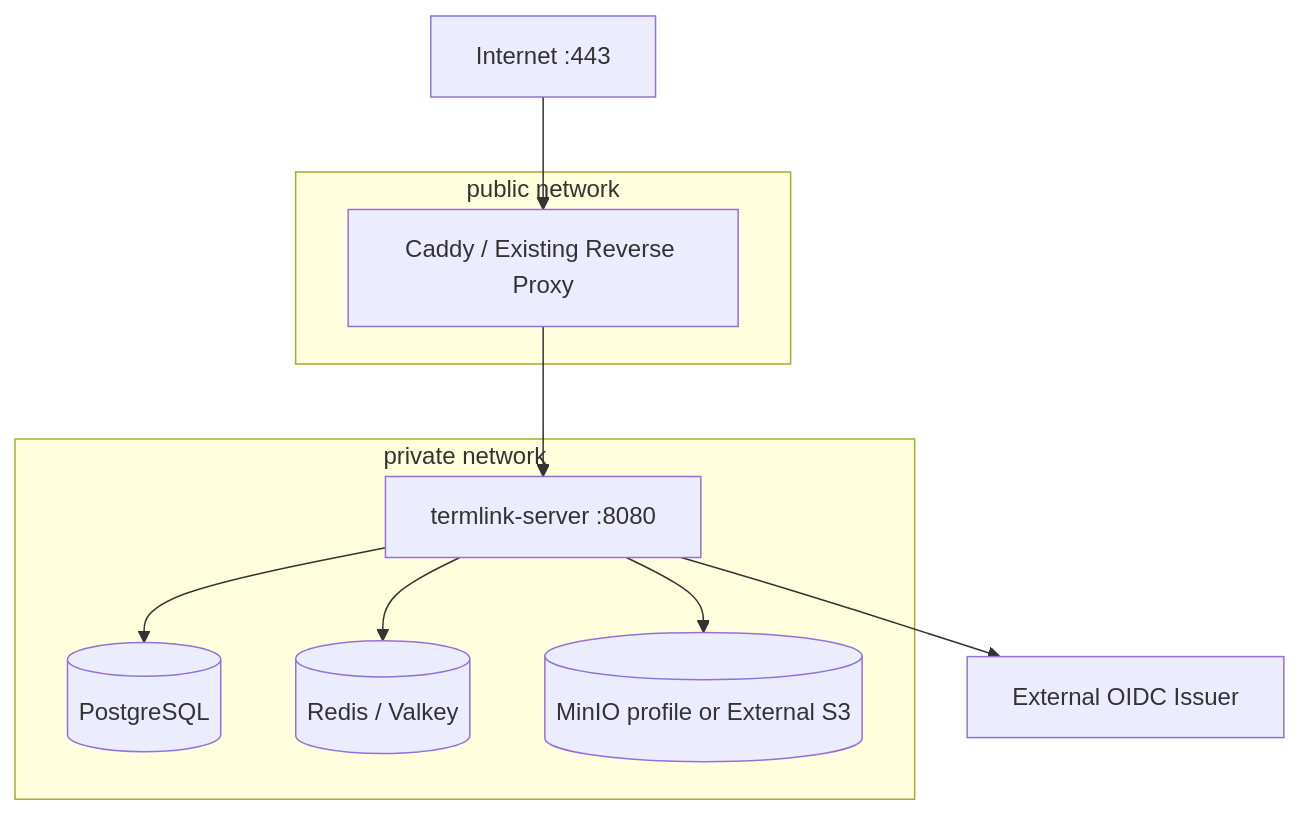
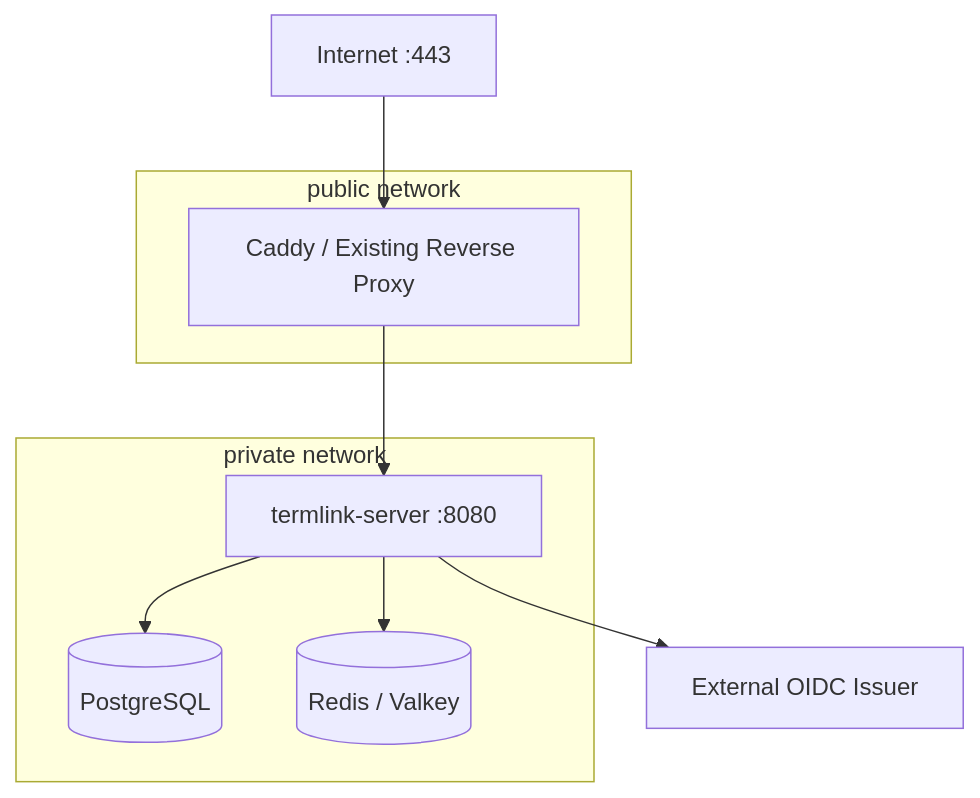
The tenth of 16 diagrams in docs/COMPLETE_SYSTEM_DESIGN.md (myucxy/TermLink), drawn with Mermaid before and after one commit. The commit also changed other lines of this file and 161 other files, not shown here.

````diff
--- a/docs/COMPLETE_SYSTEM_DESIGN.md
+++ b/docs/COMPLETE_SYSTEM_DESIGN.md
@@ -612,19 +610,17 @@
 ```mermaid
 flowchart TB
     INTERNET[Internet :443] --> EDGE[Caddy / Existing Reverse Proxy]
     EDGE --> APP[termlink-server :8080]
     APP --> PG[(PostgreSQL)]
     APP --> KV[(Redis / Valkey)]
-    APP --> OBJ[(MinIO profile or External S3)]
     APP --> OIDC[External OIDC Issuer]
 
     subgraph public[public network]
         EDGE
     end
     subgraph private[private network]
         APP
         PG
         KV
-        OBJ
     end
 ```
````
